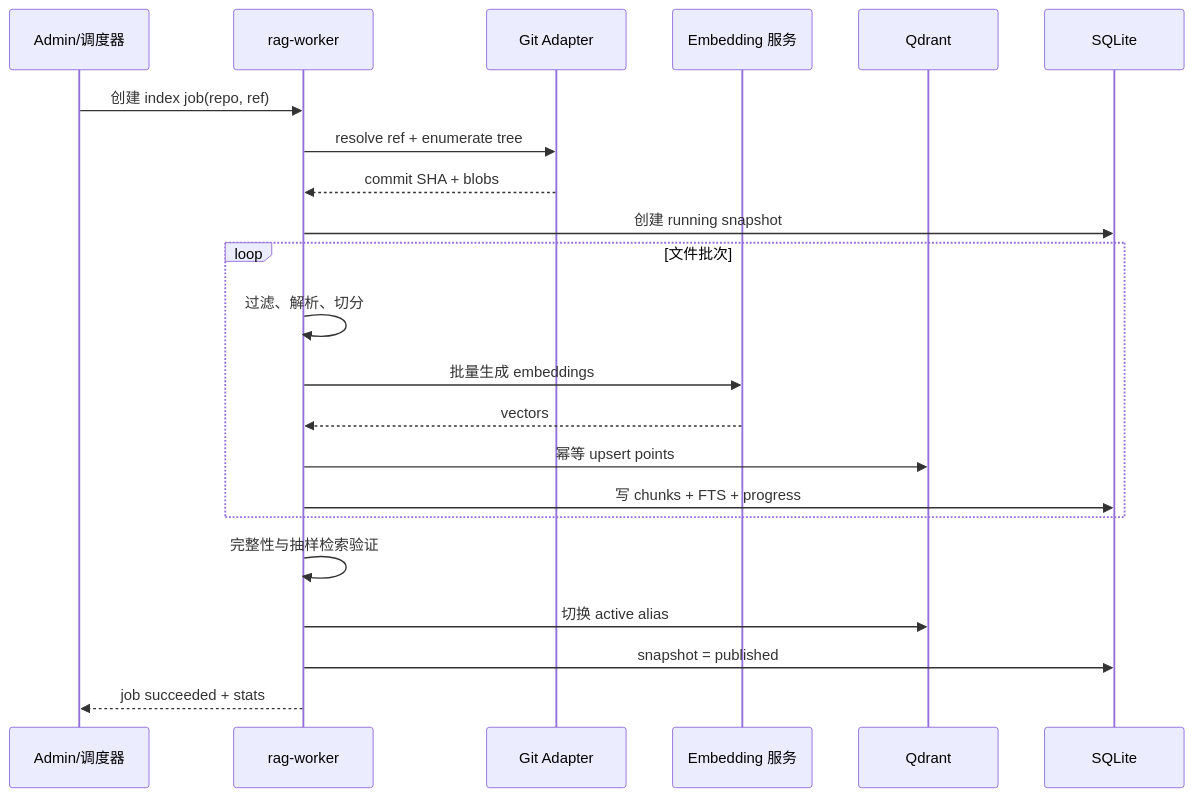
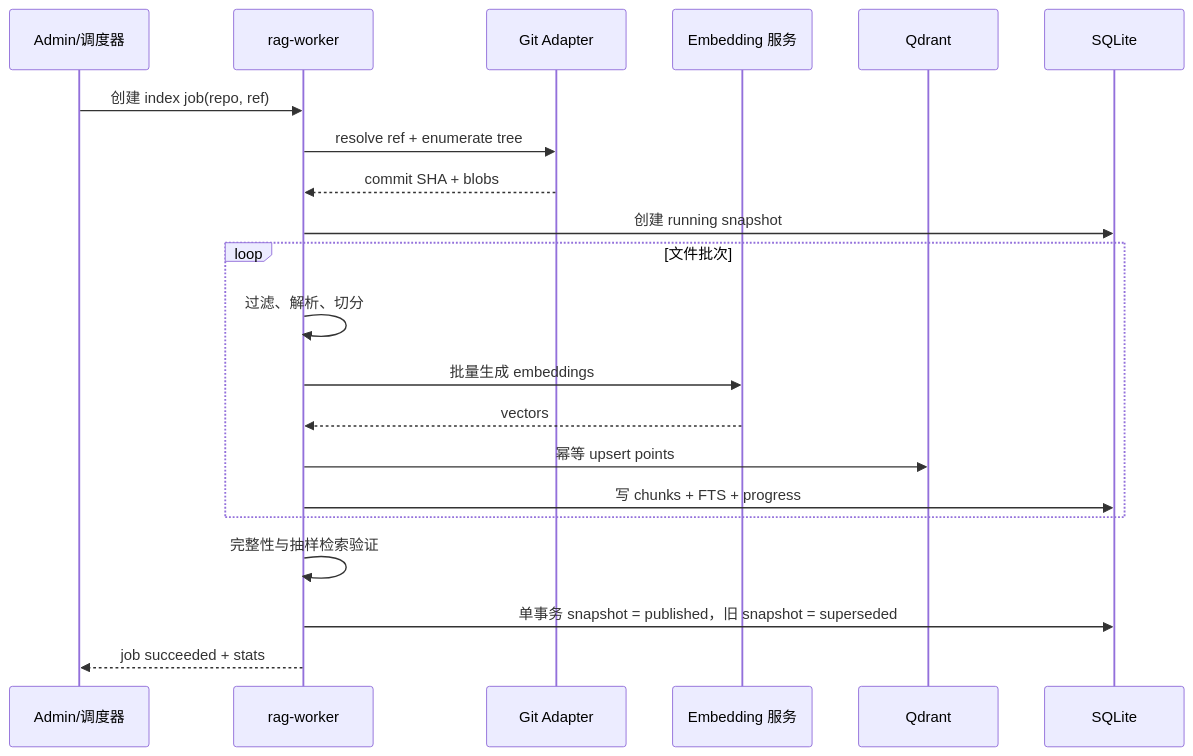
The second of 3 diagrams in LOCAL_RAG_ARCHITECTURE_AND_DEVELOPMENT_PLAN.md (wangmangguo555-del/RAG), drawn with Mermaid before and after one commit. The commit also changed other lines of this file and 35 other files, not shown here.

````diff
--- a/LOCAL_RAG_ARCHITECTURE_AND_DEVELOPMENT_PLAN.md
+++ b/LOCAL_RAG_ARCHITECTURE_AND_DEVELOPMENT_PLAN.md
@@ -369,25 +389,24 @@
 ```mermaid
 sequenceDiagram
     participant A as Admin/调度器
     participant W as rag-worker
     participant G as Git Adapter
     participant E as Embedding 服务
     participant Q as Qdrant
     participant S as SQLite
 
     A->>W: 创建 index job(repo, ref)
     W->>G: resolve ref + enumerate tree
     G-->>W: commit SHA + blobs
     W->>S: 创建 running snapshot
     loop 文件批次
         W->>W: 过滤、解析、切分
         W->>E: 批量生成 embeddings
         E-->>W: vectors
         W->>Q: 幂等 upsert points
         W->>S: 写 chunks + FTS + progress
     end
     W->>W: 完整性与抽样检索验证
-    W->>Q: 切换 active alias
-    W->>S: snapshot = published
+    W->>S: 单事务 snapshot = published，旧 snapshot = superseded
     W-->>A: job succeeded + stats
 ```
````
